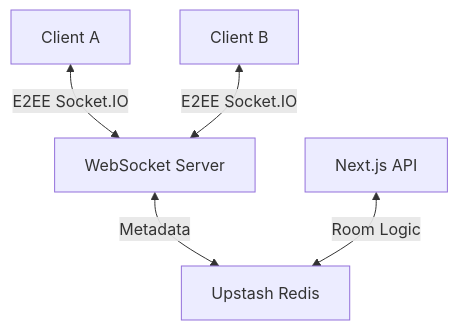
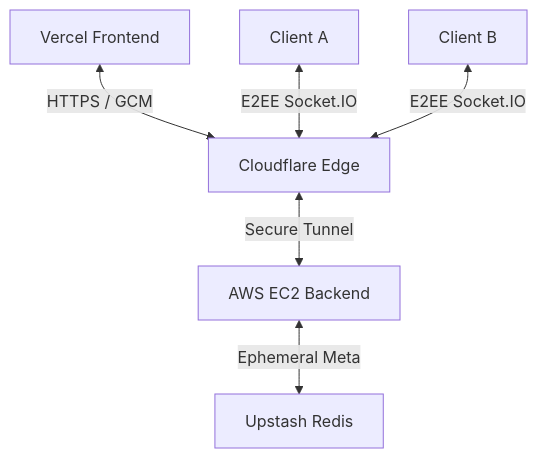
Before and after one commit to manojkulkarni123/private_chat: the diagram in README.md, drawn with Mermaid. The commit also changed other lines of this file, not shown here.

````diff
--- a/README.md
+++ b/README.md
@@ -9,7 +8,8 @@
 ```mermaid
 graph TD
-    A[Client A] <-->|E2EE Socket.IO| B[WebSocket Server]
-    C[Client B] <-->|E2EE Socket.IO| B
-    B <-->|Metadata| D[Upstash Redis]
-    E[Next.js API] <-->|Room Logic| D
+    A[Vercel Frontend] <-->|HTTPS / GCM| B[Cloudflare Edge]
+    B <-->|Secure Tunnel| C[AWS EC2 Backend]
+    C <-->|Ephemeral Meta| D[Upstash Redis]
+    E[Client A] <-->|E2EE Socket.IO| B
+    F[Client B] <-->|E2EE Socket.IO| B
 ```
````
